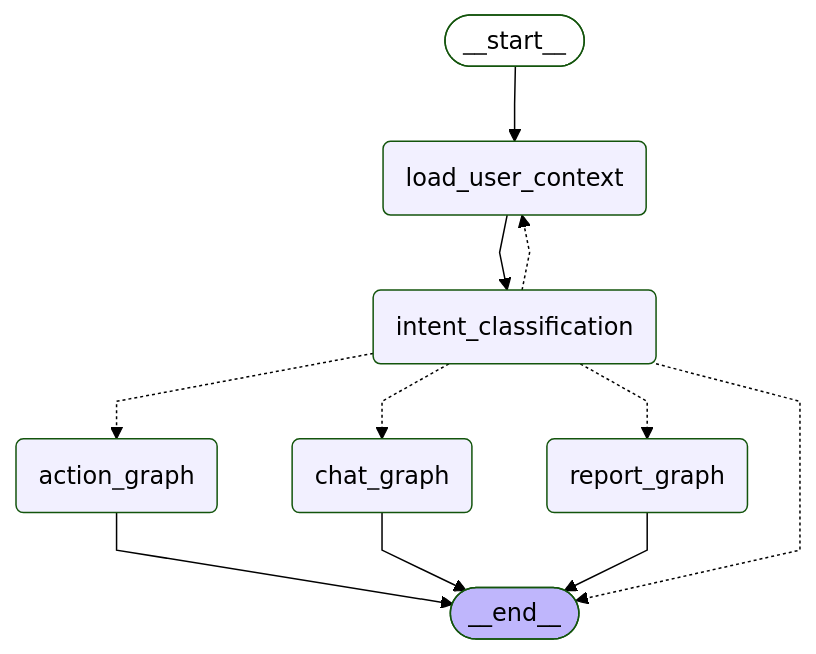
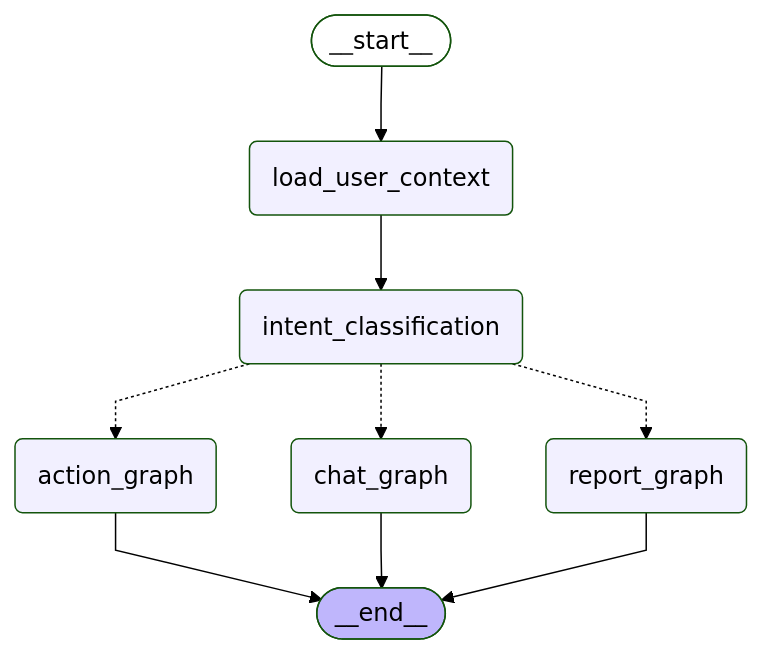
The diagram in docs/graphs/supervisor_graph.mmd (sogang-radai/wave-home-agent), drawn with Mermaid (forest theme) before and after one commit. The commit also changed 15 other files, not shown here.

First line of the commit message:
fix: keep legacy LangGraph flows working on upgraded langgraph/langchain-google-genai

```diff
--- a/docs/graphs/supervisor_graph.mmd
+++ b/docs/graphs/supervisor_graph.mmd
@@ -1,26 +1,24 @@
 ---
 config:
   flowchart:
     curve: linear
 ---
 graph TD;
 	__start__([<p>__start__</p>]):::first
 	load_user_context(load_user_context)
 	intent_classification(intent_classification)
 	chat_graph(chat_graph)
 	report_graph(report_graph)
 	action_graph(action_graph)
 	__end__([<p>__end__</p>]):::last
 	__start__ --> load_user_context;
+	intent_classification -.-> action_graph;
+	intent_classification -.-> chat_graph;
+	intent_classification -.-> report_graph;
+	load_user_context --> intent_classification;
 	action_graph --> __end__;
 	chat_graph --> __end__;
-	load_user_context --> intent_classification;
 	report_graph --> __end__;
-	intent_classification -.-> load_user_context;
-	intent_classification -.-> chat_graph;
-	intent_classification -.-> report_graph;
-	intent_classification -.-> action_graph;
-	intent_classification -.-> __end__;
 	classDef default fill:#f2f0ff,line-height:1.2
 	classDef first fill-opacity:0
 	classDef last fill:#bfb6fc
```
